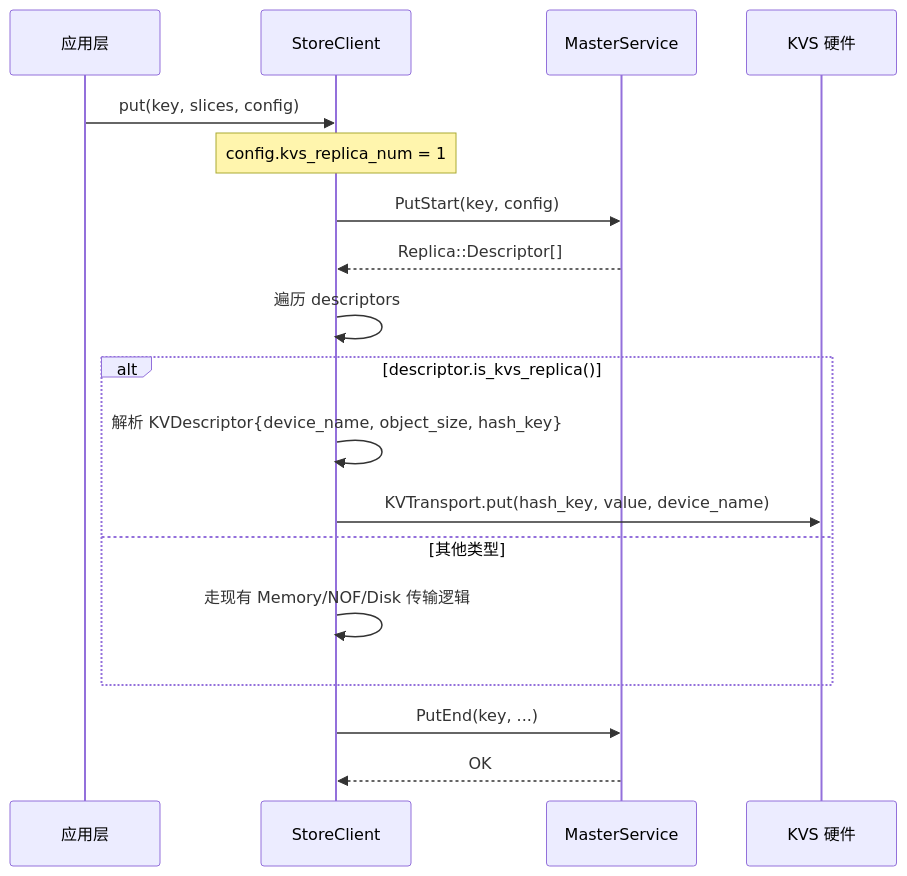
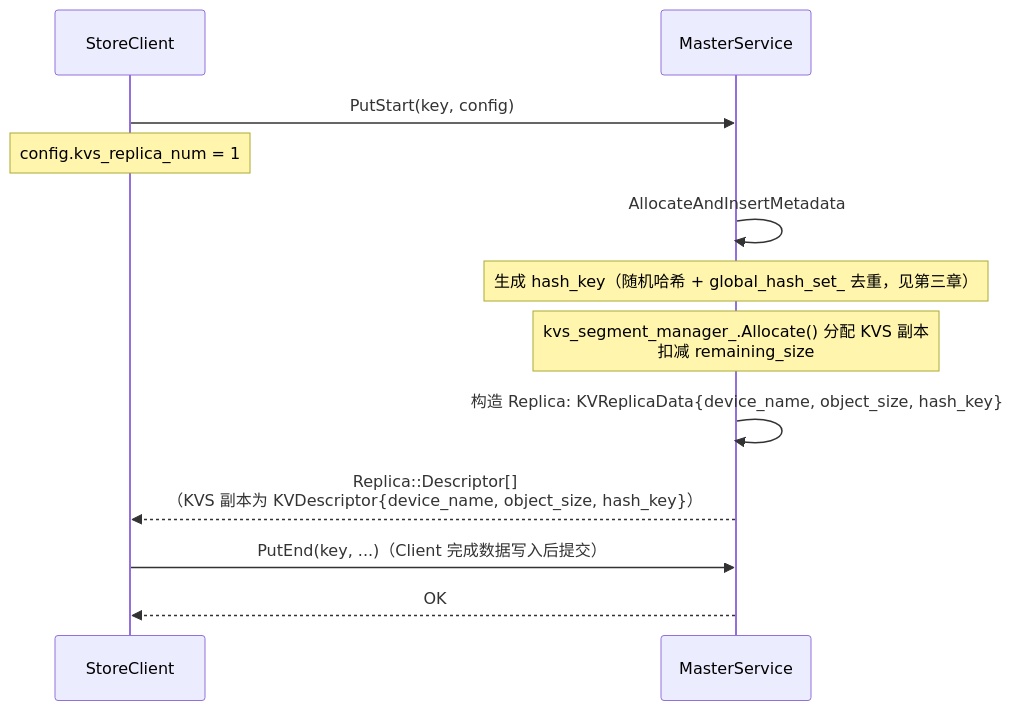
The eighth of 20 diagrams in mooncake-store/docs/KVUSegment_design.md (yz53665/Mooncake), drawn with Mermaid before and after one commit. The commit also changed other lines of this file, not shown here.

````diff
--- a/mooncake-store/docs/KVUSegment_design.md
+++ b/mooncake-store/docs/KVUSegment_design.md
@@ -444,24 +454,17 @@
 ```mermaid
 sequenceDiagram
-    participant App as 应用层
     participant Client as StoreClient
     participant MS as MasterService
-    participant KVS as KVS 硬件
 
-    App->>Client: put(key, slices, config)
+    Client->>MS: PutStart(key, config)
     Note over Client: config.kvs_replica_num = 1
 
-    Client->>MS: PutStart(key, config)
-    MS-->>Client: Replica::Descriptor[]
+    MS->>MS: AllocateAndInsertMetadata
+    Note over MS: 生成 hash_key（随机哈希 + global_hash_set_ 去重，见第三章）
+    Note over MS: kvs_segment_manager_.Allocate() 分配 KVS 副本<br/>扣减 remaining_size
+    MS->>MS: 构造 Replica: KVReplicaData{device_name, object_size, hash_key}
+    MS-->>Client: Replica::Descriptor[]<br/>（KVS 副本为 KVDescriptor{device_name, object_size, hash_key}）
 
-    Client->>Client: 遍历 descriptors
-    alt descriptor.is_kvs_replica()
-        Client->>Client: 解析 KVDescriptor{device_name, object_size, hash_key}
-        Client->>KVS: KVTransport.put(hash_key, value, device_name)
-    else 其他类型
-        Client->>Client: 走现有 Memory/NOF/Disk 传输逻辑
-    end
-
-    Client->>MS: PutEnd(key, ...)
+    Client->>MS: PutEnd(key, ...)（Client 完成数据写入后提交）
     MS-->>Client: OK
 ```
````
